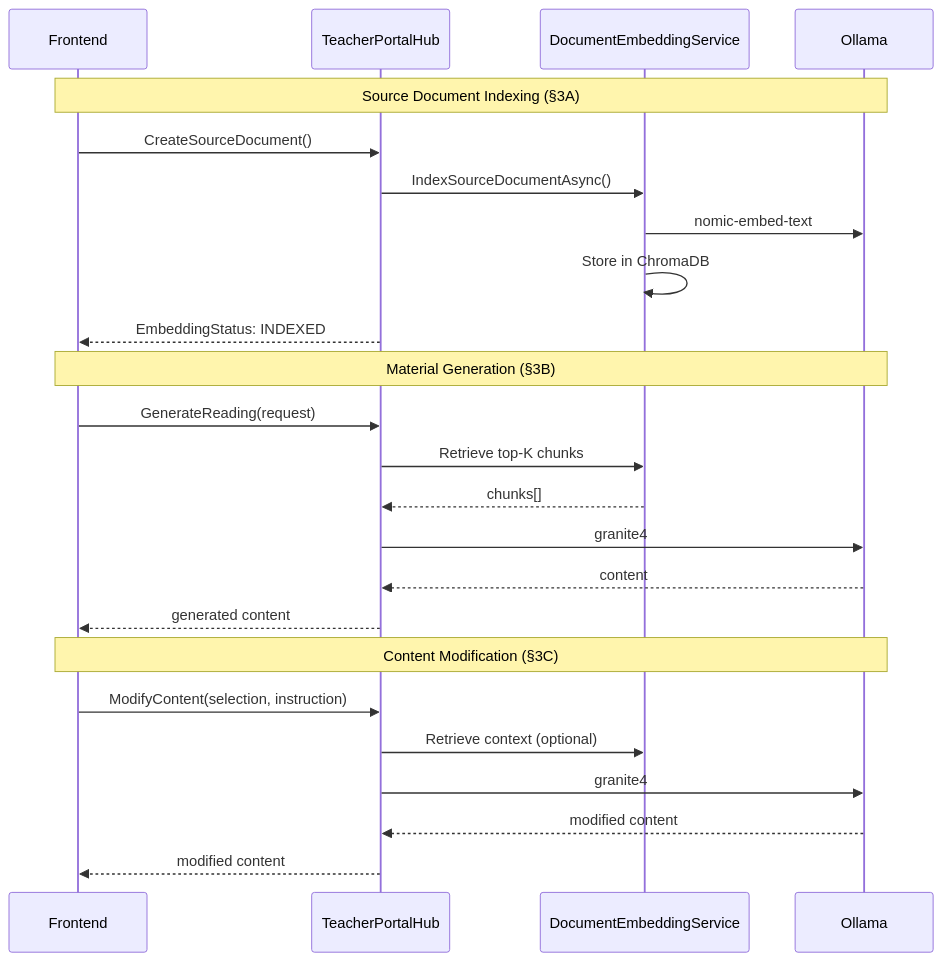
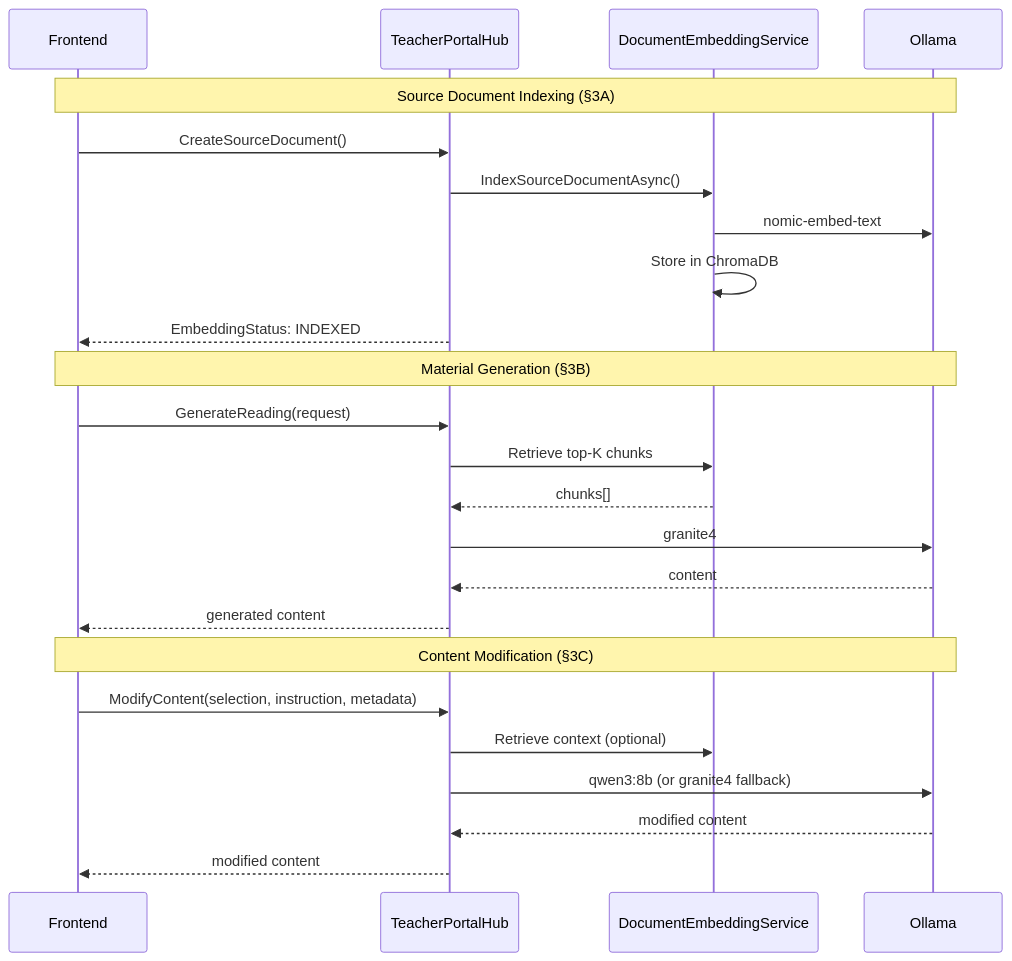
Before and after one commit to raphaellith/Manuscripta: the diagram in windows/ManuscriptaTeacherApp/docs/specifications/GenAISpec.md, drawn with Mermaid. The commit also changed other lines of this file and 10 other files, not shown here.

Commit message:
feat: Use qwen instead of granite for material modification; refined modification prompt

````diff
--- a/windows/ManuscriptaTeacherApp/docs/specifications/GenAISpec.md
+++ b/windows/ManuscriptaTeacherApp/docs/specifications/GenAISpec.md
@@ -627,29 +636,29 @@
 ```mermaid
 sequenceDiagram
     participant Frontend
     participant Hub as TeacherPortalHub
     participant RAG as DocumentEmbeddingService
     participant Ollama
 
     Note over Frontend,Ollama: Source Document Indexing (§3A)
     Frontend->>Hub: CreateSourceDocument()
     Hub->>RAG: IndexSourceDocumentAsync()
     RAG->>Ollama: nomic-embed-text
     RAG->>RAG: Store in ChromaDB
     Hub-->>Frontend: EmbeddingStatus: INDEXED
 
     Note over Frontend,Ollama: Material Generation (§3B)
     Frontend->>Hub: GenerateReading(request)
     Hub->>RAG: Retrieve top-K chunks
     RAG-->>Hub: chunks[]
     Hub->>Ollama: granite4
     Ollama-->>Hub: content
     Hub-->>Frontend: generated content
 
     Note over Frontend,Ollama: Content Modification (§3C)
-    Frontend->>Hub: ModifyContent(selection, instruction)
+    Frontend->>Hub: ModifyContent(selection, instruction, metadata)
     Hub->>RAG: Retrieve context (optional)
-    Hub->>Ollama: granite4
+    Hub->>Ollama: qwen3:8b (or granite4 fallback)
     Ollama-->>Hub: modified content
     Hub-->>Frontend: modified content
 ```
````
